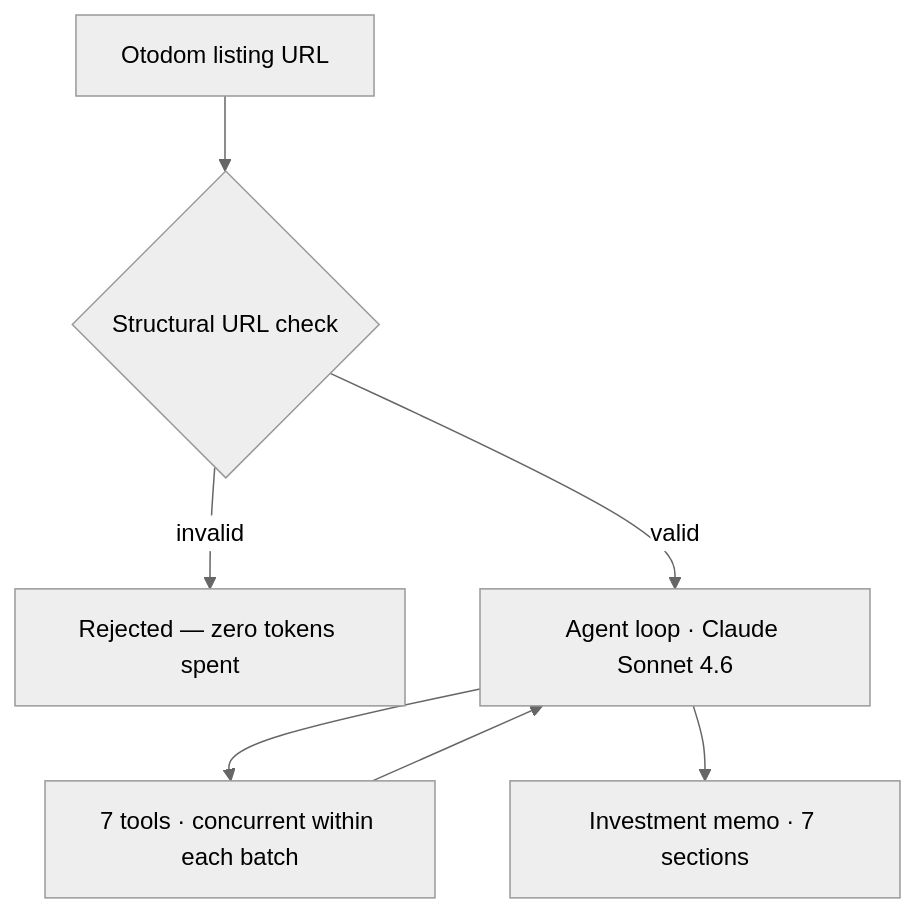
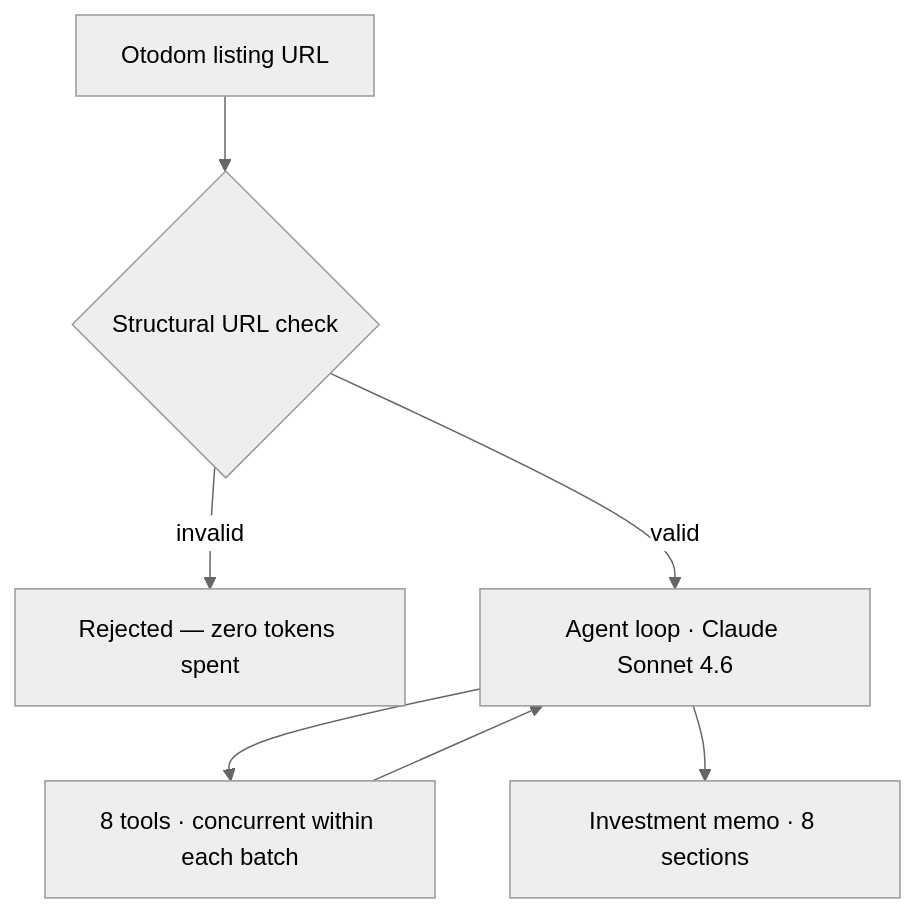
Before and after one commit to khalidAlfozan/realestate-agent: the diagram in README.md, drawn with Mermaid (neutral theme). The commit also changed other lines of this file and 7 other files, not shown here.

````diff
--- a/README.md
+++ b/README.md
@@ -23,9 +24,9 @@
 ```mermaid
 flowchart TD
     A[Otodom listing URL] --> B{Structural URL check}
     B -- invalid --> C[Rejected — zero tokens spent]
     B -- valid --> D[Agent loop · Claude Sonnet 4.6]
-    D --> E[7 tools · concurrent within each batch]
+    D --> E[8 tools · concurrent within each batch]
     E --> D
-    D --> F[Investment memo · 7 sections]
+    D --> F[Investment memo · 8 sections]
 ```
````
